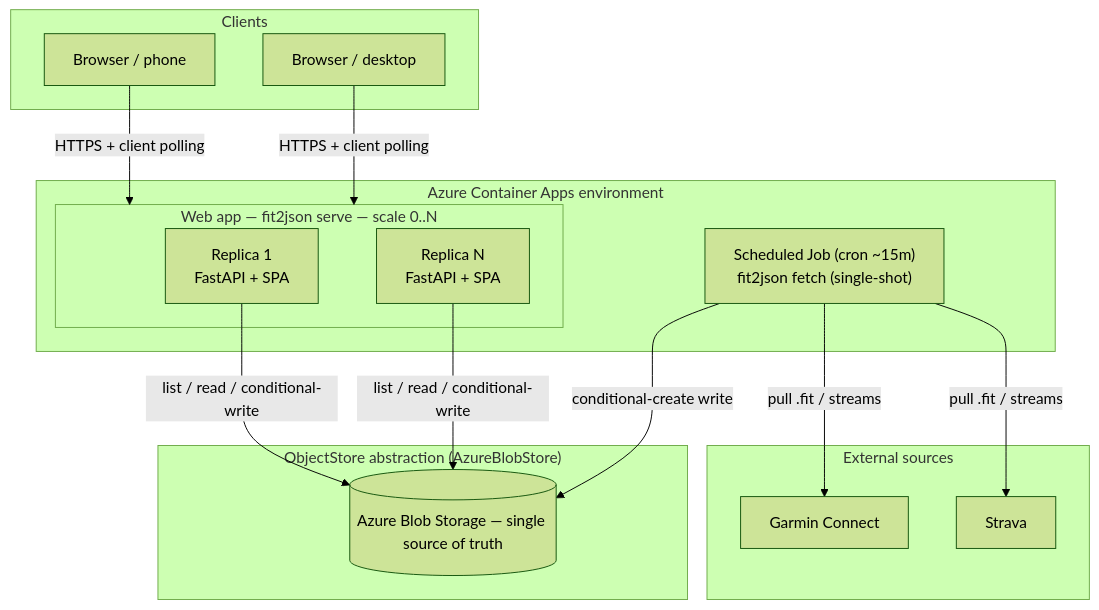
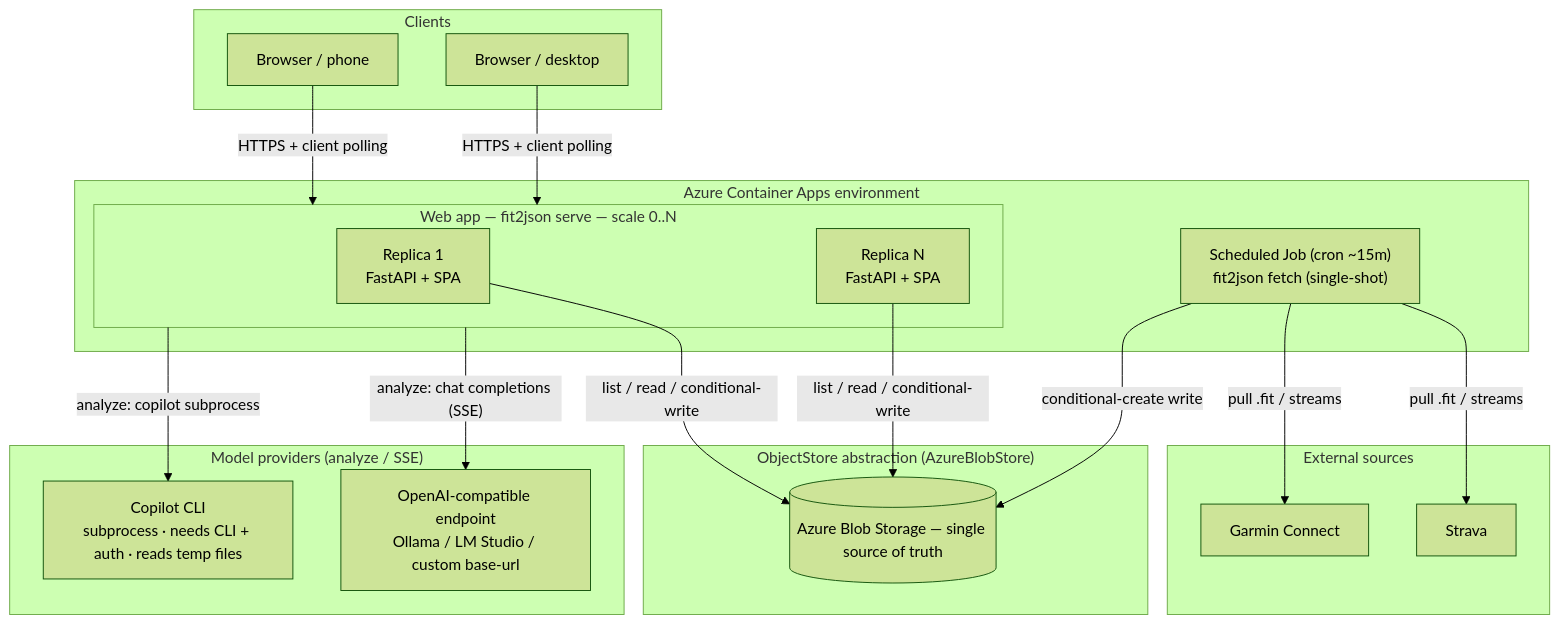
Before and after one commit to kerem-ersoz/fit2json: the first of 6 diagrams in docs/multi-user-sync.md, drawn with Mermaid (forest theme). The commit also changed other lines of this file, not shown here.

First line of the commit message:
docs: add model-provider interactions to sync diagrams

````diff
--- a/docs/multi-user-sync.md
+++ b/docs/multi-user-sync.md
@@ -75,32 +75,39 @@
 ```mermaid
 flowchart TB
     subgraph Clients
         B1["Browser / phone"]
         B2["Browser / desktop"]
     end
 
     subgraph ACA["Azure Container Apps environment"]
         subgraph Web["Web app — fit2json serve — scale 0..N"]
             R1["Replica 1<br/>FastAPI + SPA"]
             R2["Replica N<br/>FastAPI + SPA"]
         end
         Job["Scheduled Job (cron ~15m)<br/>fit2json fetch (single-shot)"]
     end
 
     subgraph Ext["External sources"]
         G["Garmin Connect"]
         S["Strava"]
     end
 
     subgraph StoreLayer["ObjectStore abstraction (AzureBlobStore)"]
         Blob[("Azure Blob Storage — single source of truth")]
     end
 
+    subgraph Models["Model providers (analyze / SSE)"]
+        CP["Copilot CLI<br/>subprocess · needs CLI + auth · reads temp files"]
+        LLM["OpenAI-compatible endpoint<br/>Ollama / LM Studio / custom base-url"]
+    end
+
     B1 -->|"HTTPS + client polling"| Web
     B2 -->|"HTTPS + client polling"| Web
     R1 -->|"list / read / conditional-write"| Blob
     R2 -->|"list / read / conditional-write"| Blob
     Job -->|"pull .fit / streams"| G
     Job -->|"pull .fit / streams"| S
     Job -->|"conditional-create write"| Blob
+    Web -->|"analyze: copilot subprocess"| CP
+    Web -->|"analyze: chat completions (SSE)"| LLM
 ```
````
